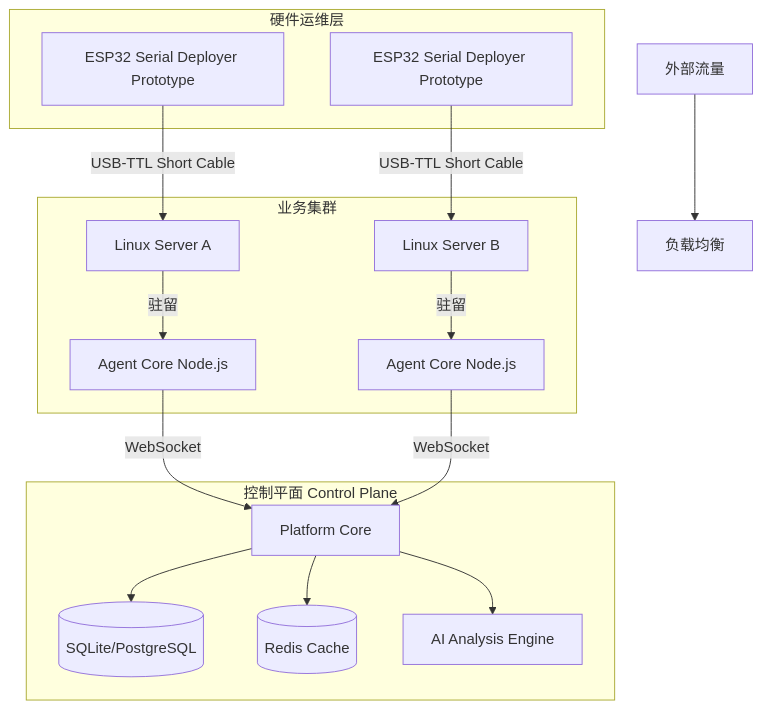
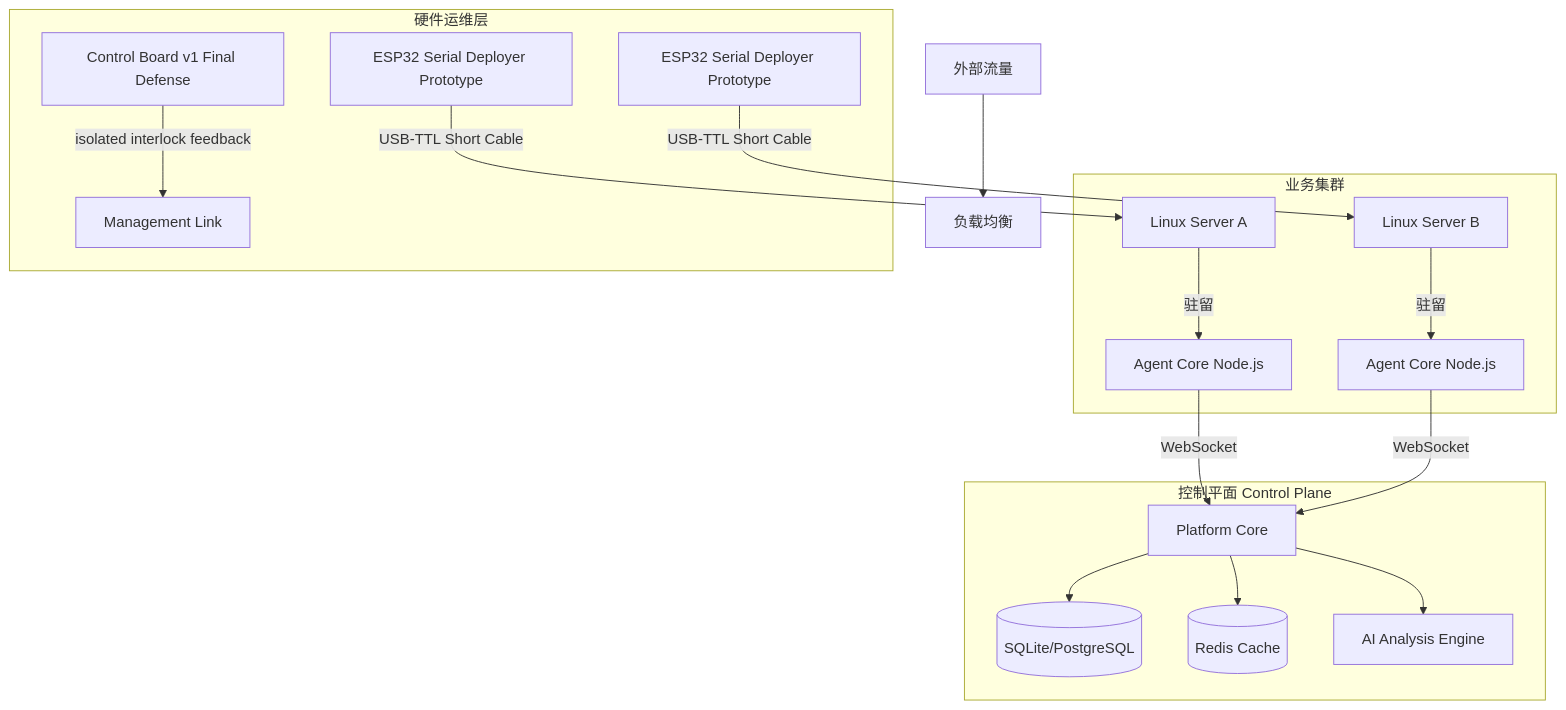
The diagram in README.md (lizuyi-6/Networksafe), drawn with Mermaid before and after one commit. The commit also changed other lines of this file and 67 other files, not shown here.

````diff
--- a/README.md
+++ b/README.md
@@ -92,23 +97,24 @@
 ```mermaid
 graph TD
     User[外部流量] --> ELB[负载均衡]
     
     subgraph "业务集群"
         App1[Linux Server A] -- 驻留 --> Agent1[Agent Core Node.js]
         App2[Linux Server B] -- 驻留 --> Agent2[Agent Core Node.js]
     end
     
     subgraph "硬件运维层"
         ESP32[ESP32 Serial Deployer Prototype] -- "USB-TTL Short Cable" --> App1
         ESP32_2[ESP32 Serial Deployer Prototype] -- "USB-TTL Short Cable" --> App2
+        CB1[Control Board v1 Final Defense] -- "isolated interlock feedback" --> Mgmt[Management Link]
     end
     
     subgraph "控制平面 Control Plane"
         Hub[Platform Core] --> DB[(SQLite/PostgreSQL)]
         Hub --> Redis[(Redis Cache)]
         Hub --> AI[AI Analysis Engine]
     end
     
     Agent1 -- WebSocket --> Hub
     Agent2 -- WebSocket --> Hub
 ```
````
